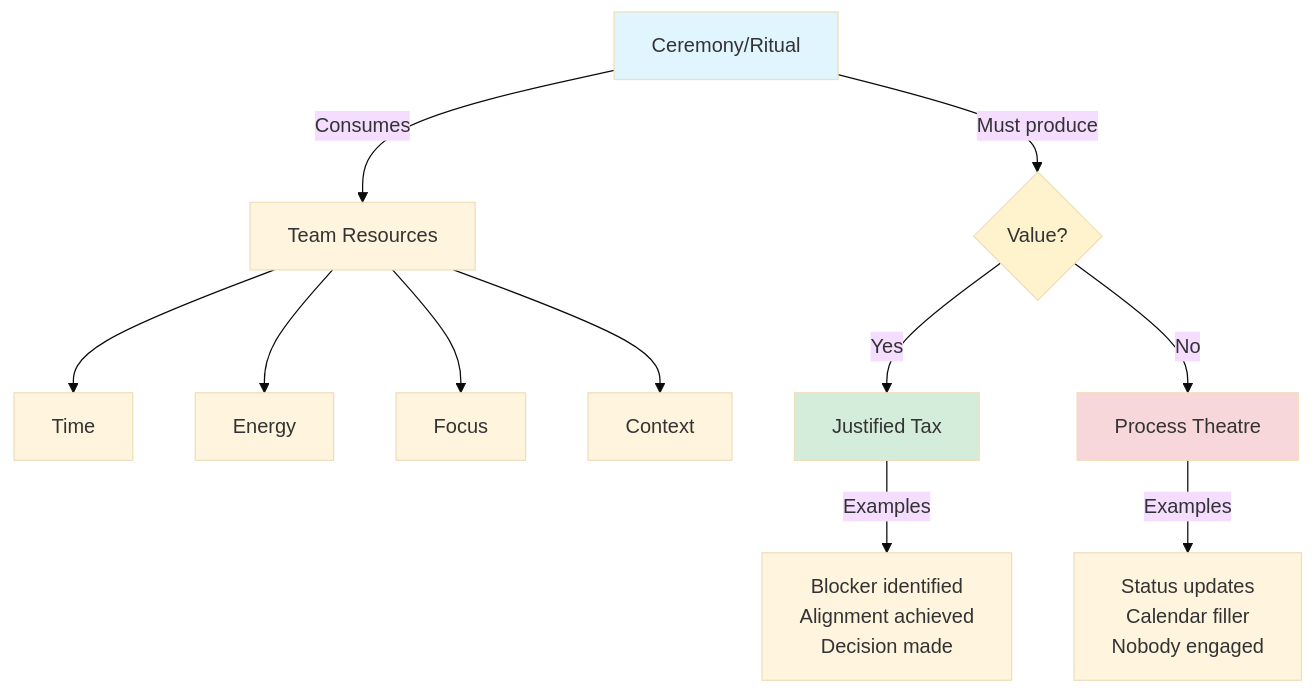
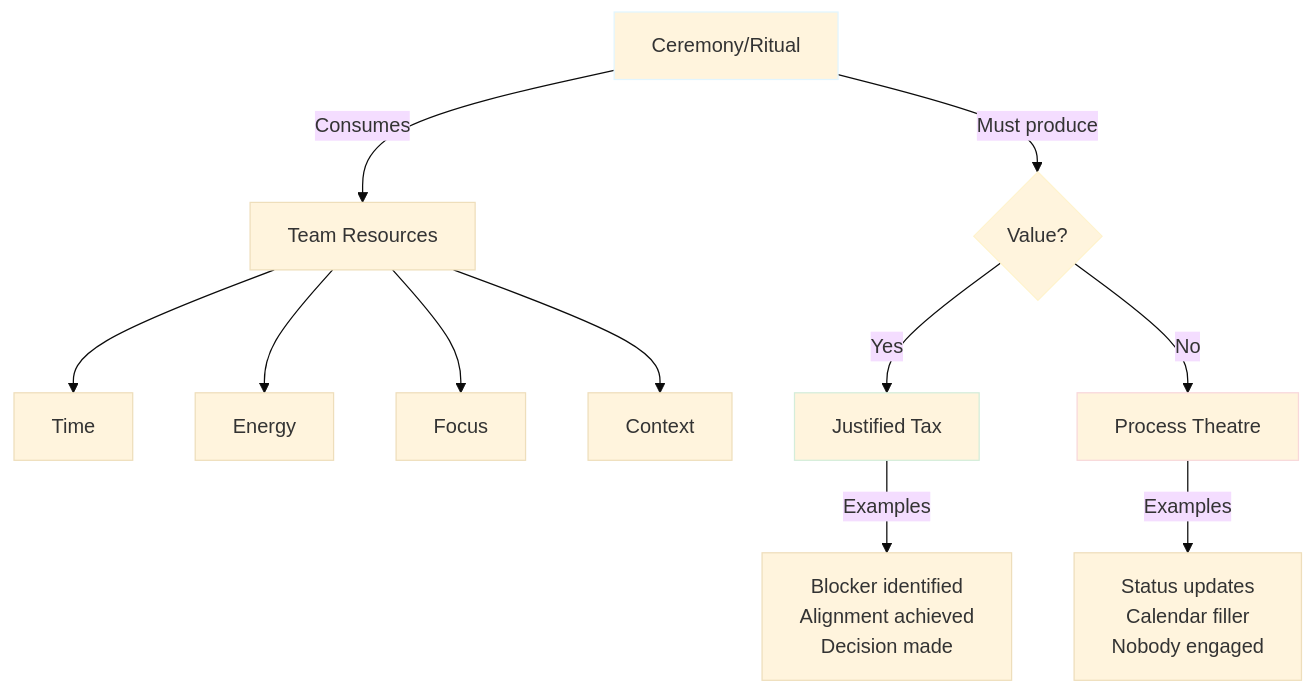
The third of 6 diagrams in Mostlylucid/Markdown/agile-standups-ceremony-tax.md (Shaddix/mostlylucidweb), drawn with Mermaid (base theme) before and after one commit. The commit also changed other lines of this file, not shown here.

First line of the commit message:
fix: update Mermaid diagrams to use stroke instead of fill for dark mode compatibility

````diff
--- a/Mostlylucid/Markdown/agile-standups-ceremony-tax.md
+++ b/Mostlylucid/Markdown/agile-standups-ceremony-tax.md
@@ -106,20 +106,20 @@
 ```mermaid
 graph TD
     A[Ceremony/Ritual] -->|Consumes| B[Team Resources]
     B --> C[Time]
     B --> D[Energy]
     B --> E[Focus]
     B --> F[Context]
 
     A -->|Must produce| G{Value?}
     G -->|Yes| H[Justified Tax]
     G -->|No| I[Process Theatre]
 
     H -->|Examples| J[Blocker identified<br/>Alignment achieved<br/>Decision made]
     I -->|Examples| K[Status updates<br/>Calendar filler<br/>Nobody engaged]
 
-    style A fill:#e1f5ff
-    style G fill:#fff3cd
-    style H fill:#d4edda
-    style I fill:#f8d7da
+    style A stroke:#e1f5ff
+    style G stroke:#fff3cd
+    style H stroke:#d4edda
+    style I stroke:#f8d7da
 ```
````
